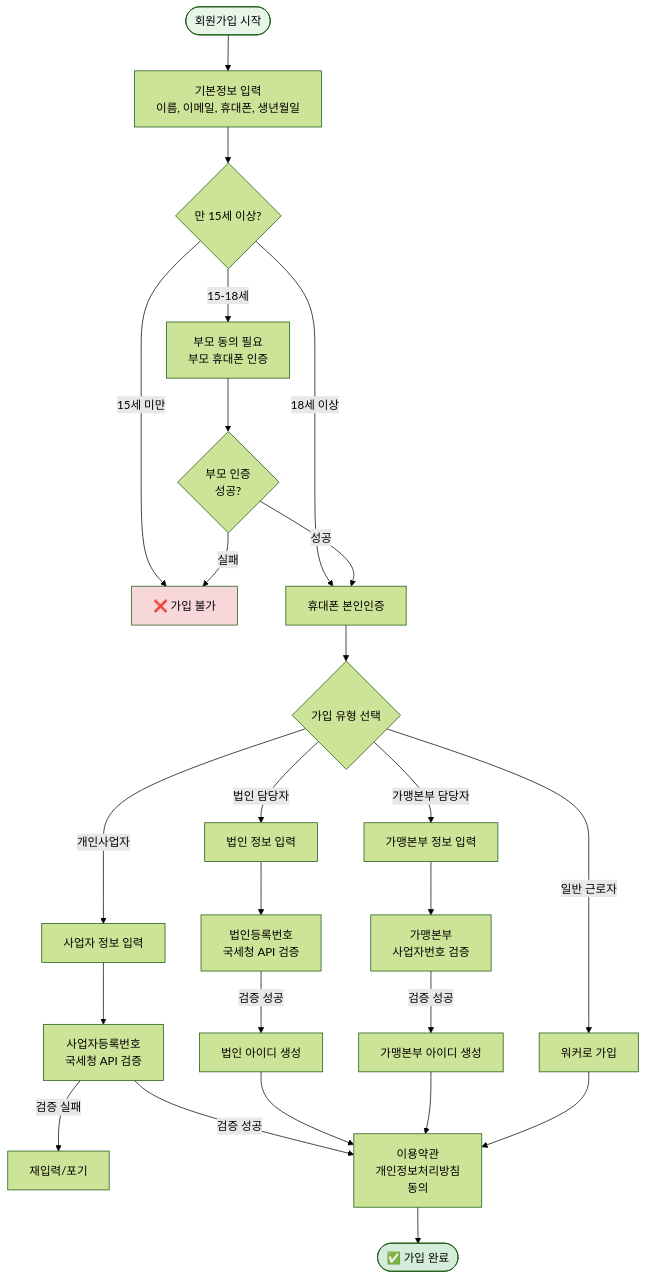
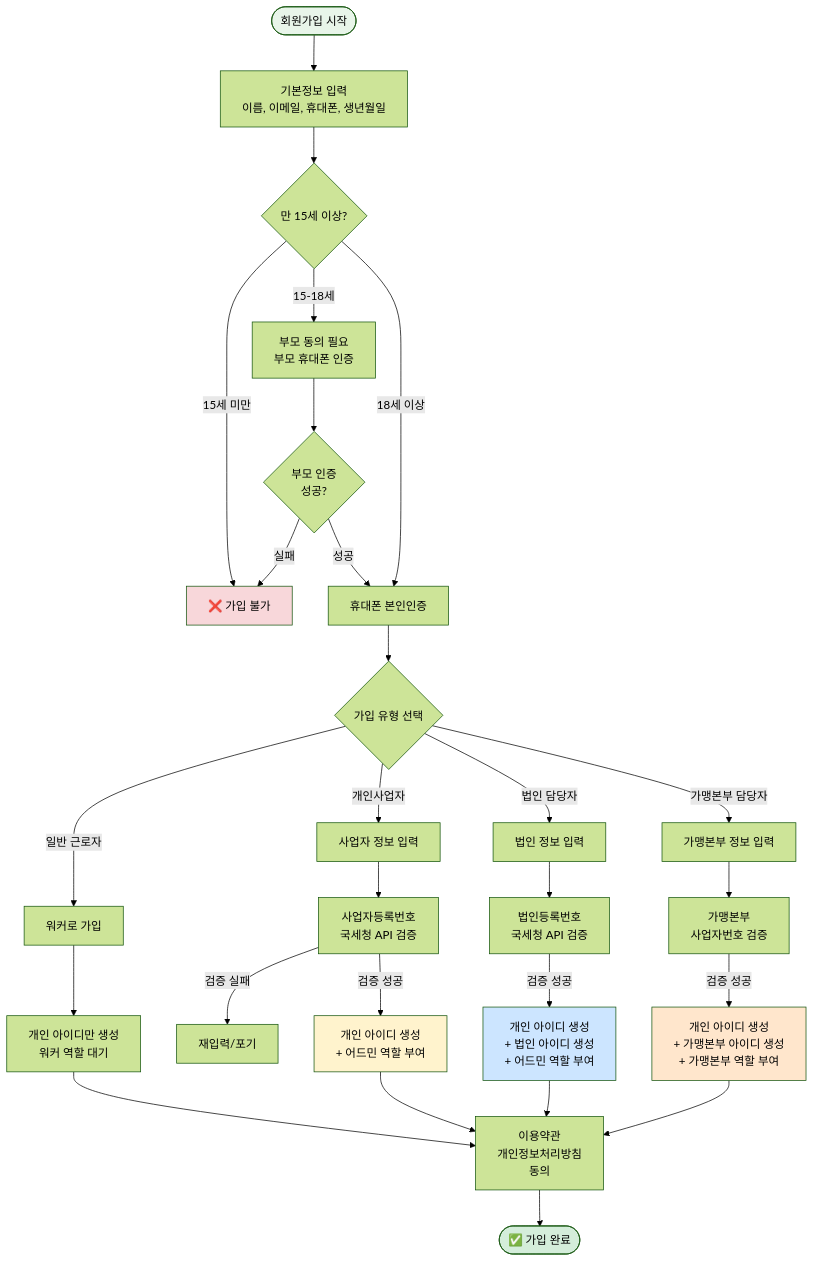
The sixth of 8 diagrams in services/attendance/user-permission-diagram.md (crazybass81/DOT), drawn with Mermaid (forest theme) before and after one commit. The commit also changed other lines of this file, not shown here.

````diff
--- a/services/attendance/user-permission-diagram.md
+++ b/services/attendance/user-permission-diagram.md
@@ -270,44 +285,50 @@
 ```mermaid
 flowchart TD
     Start([회원가입 시작])
     
     Start --> BasicInfo[기본정보 입력<br/>이름, 이메일, 휴대폰, 생년월일]
     BasicInfo --> AgeCheck{만 15세 이상?}
     
     AgeCheck -->|15세 미만| Reject[❌ 가입 불가]
     AgeCheck -->|15-18세| TeenConsent[부모 동의 필요<br/>부모 휴대폰 인증]
     AgeCheck -->|18세 이상| PhoneAuth[휴대폰 본인인증]
     
     TeenConsent --> ParentAuth{부모 인증<br/>성공?}
     ParentAuth -->|실패| Reject
     ParentAuth -->|성공| PhoneAuth
     
     PhoneAuth --> RoleSelect{가입 유형 선택}
     
     RoleSelect -->|일반 근로자| WorkerReg[워커로 가입]
     RoleSelect -->|개인사업자| IndivBizReg[사업자 정보 입력]
     RoleSelect -->|법인 담당자| CorpReg[법인 정보 입력]
     RoleSelect -->|가맹본부 담당자| FranchiseReg[가맹본부 정보 입력]
     
     IndivBizReg --> BizVerify[사업자등록번호<br/>국세청 API 검증]
     CorpReg --> CorpVerify[법인등록번호<br/>국세청 API 검증]
     FranchiseReg --> FranVerify[가맹본부<br/>사업자번호 검증]
     
     BizVerify -->|검증 실패| RetryBiz[재입력/포기]
-    BizVerify -->|검증 성공| Terms
+    BizVerify -->|검증 성공| CreatePersonal1[개인 아이디 생성<br/>+ 어드민 역할 부여]
     
-    CorpVerify -->|검증 성공| CreateCorpID[법인 아이디 생성]
-    FranVerify -->|검증 성공| CreateFranID[가맹본부 아이디 생성]
+    CorpVerify -->|검증 성공| CreateBoth1[개인 아이디 생성<br/>+ 법인 아이디 생성<br/>+ 어드민 역할 부여]
+    FranVerify -->|검증 성공| CreateBoth2[개인 아이디 생성<br/>+ 가맹본부 아이디 생성<br/>+ 가맹본부 역할 부여]
     
-    CreateCorpID --> Terms
-    CreateFranID --> Terms
-    WorkerReg --> Terms
+    WorkerReg --> CreatePersonal2[개인 아이디만 생성<br/>워커 역할 대기]
+    
+    CreatePersonal1 --> Terms
+    CreatePersonal2 --> Terms
+    CreateBoth1 --> Terms
+    CreateBoth2 --> Terms
     
     Terms[이용약관<br/>개인정보처리방침<br/>동의]
     
     Terms --> Complete([✅ 가입 완료])
     
     style Start fill:#e8f5e9
     style Complete fill:#d4edda
     style Reject fill:#f8d7da
+    style CreateBoth1 fill:#cce5ff
+    style CreateBoth2 fill:#ffe6cc
+    style CreatePersonal1 fill:#fff3cd
 ```
````
